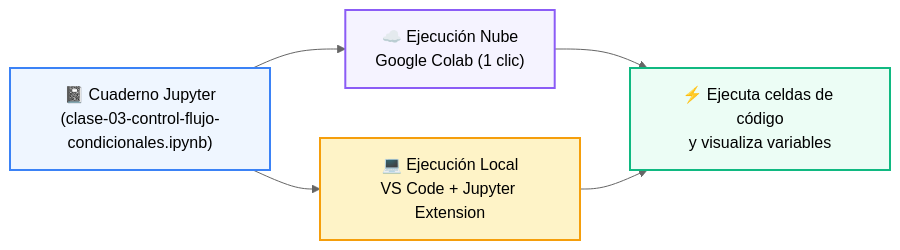
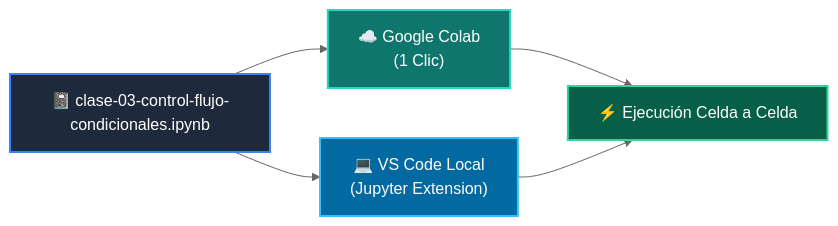
One commit to wisrovi/wisrovi-python changed the diagram in 01-fundamentos-python/clase-03-control-flujo-condicionales/notebook/README.md. Above: the diagram before and after it, drawn with Mermaid (neutral theme). The commit also changed other lines of this file and 271 other files, not shown here.

Commit message:
docs: rewrite all README.md files with bespoke topic-specific Mermaid diagrams and remove repetitive boilerplate

````diff
--- a/01-fundamentos-python/clase-03-control-flujo-condicionales/notebook/README.md
+++ b/01-fundamentos-python/clase-03-control-flujo-condicionales/notebook/README.md
@@ -14,12 +12,12 @@
 ```mermaid
 flowchart LR
-    NB["📓 Cuaderno Jupyter<br/>(clase-03-control-flujo-condicionales.ipynb)"] --> COLAB["☁️ Ejecución Nube<br/>Google Colab (1 clic)"]
-    NB --> LOCAL["💻 Ejecución Local<br/>VS Code + Jupyter Extension"]
-    COLAB --> RUN["⚡ Ejecuta celdas de código<br/>y visualiza variables"]
+    NB["📓 clase-03-control-flujo-condicionales.ipynb"] --> COLAB["☁️ Google Colab<br/>(1 Clic)"]
+    NB --> LOCAL["💻 VS Code Local<br/>(Jupyter Extension)"]
+    COLAB --> RUN["⚡ Ejecución Celda a Celda"]
     LOCAL --> RUN
 
-    style NB fill:#eff6ff,stroke:#3b82f6,stroke-width:2px
-    style COLAB fill:#f5f3ff,stroke:#8b5cf6,stroke-width:2px
-    style LOCAL fill:#fef3c7,stroke:#f59e0b,stroke-width:2px
-    style RUN fill:#ecfdf5,stroke:#10b981,stroke-width:2px
+    style NB fill:#1e293b,color:#fff,stroke:#3b82f6,stroke-width:2px
+    style COLAB fill:#0f766e,color:#fff,stroke:#2dd4bf,stroke-width:2px
+    style LOCAL fill:#0369a1,color:#fff,stroke:#38bdf8,stroke-width:2px
+    style RUN fill:#065f46,color:#fff,stroke:#34d399,stroke-width:2px
 ```
````
